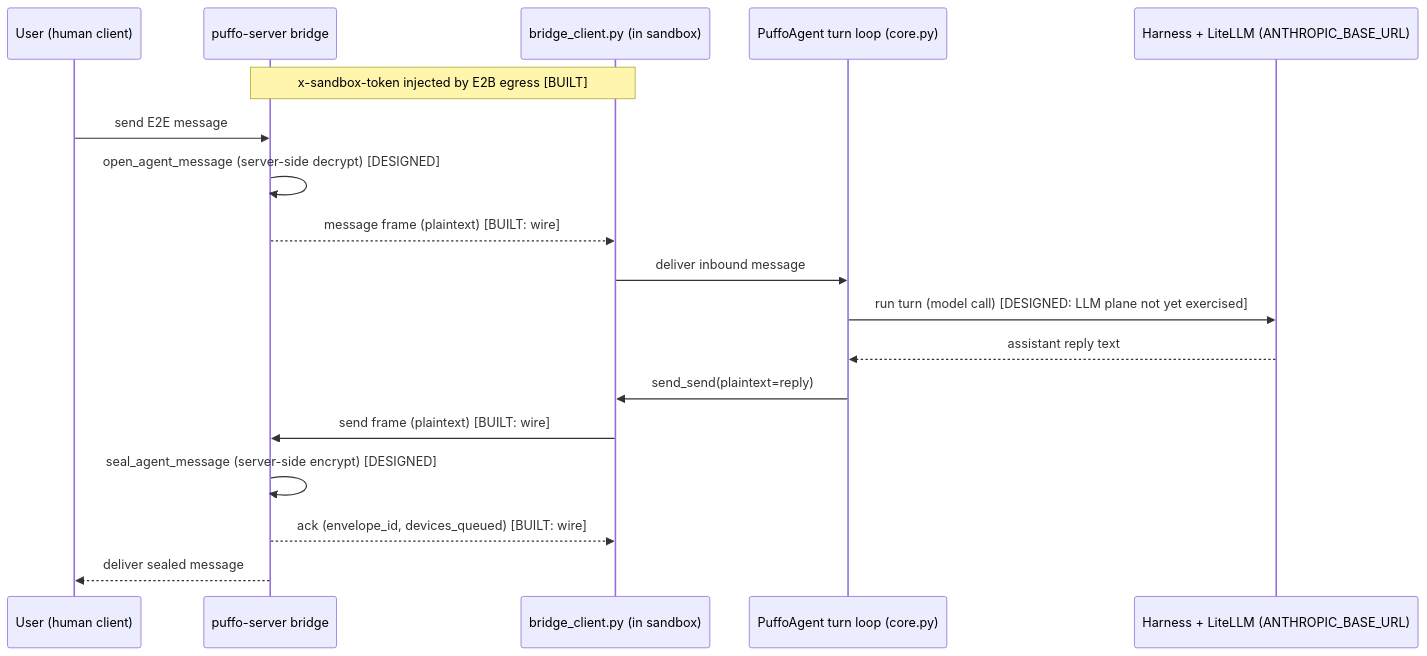
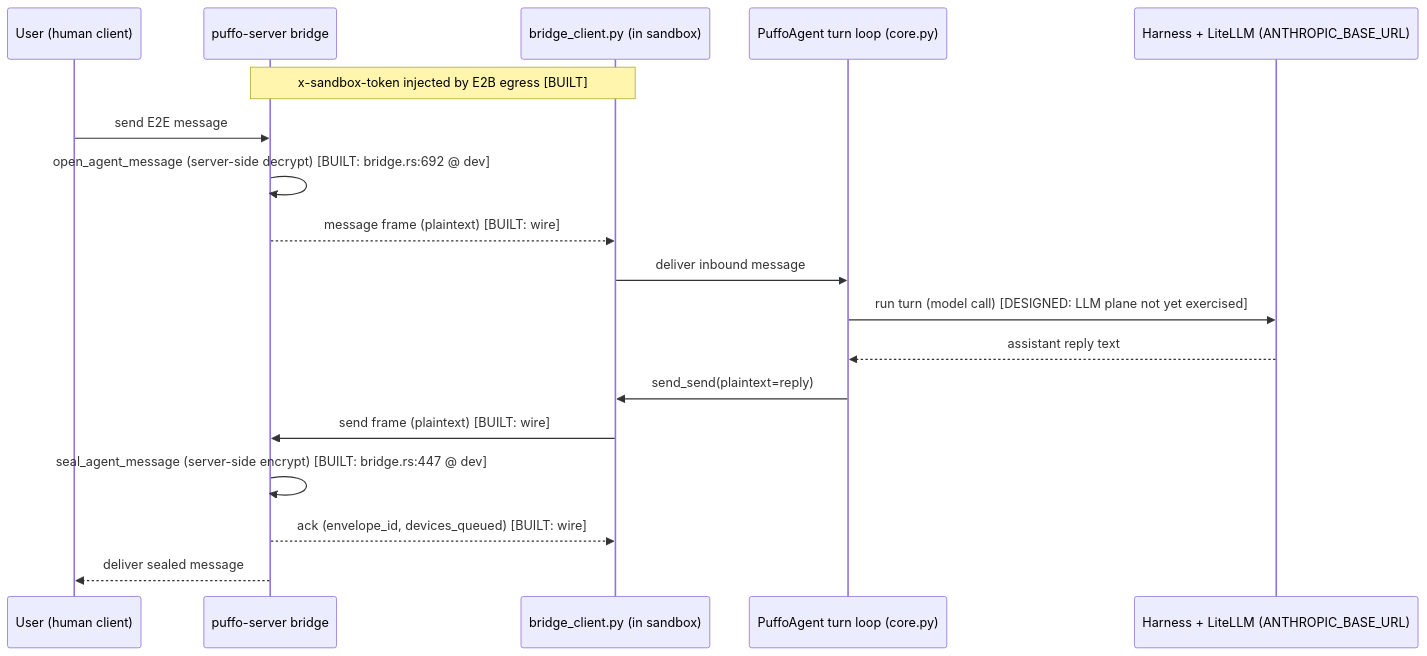
One commit to puffo-ai/puffo-agent changed the third of 4 diagrams in docs/FAT-CLOUD-ARCHITECTURE.md. Above: the diagram before and after it, drawn with Mermaid. The commit also changed other lines of this file, not shown here.

First line of the commit message:
docs: fat-cloud architecture revision — address review G1-G4 + 6 MISSING-GAP dispositions

````diff
--- a/docs/FAT-CLOUD-ARCHITECTURE.md
+++ b/docs/FAT-CLOUD-ARCHITECTURE.md
@@ -301,21 +344,21 @@
 ```mermaid
 sequenceDiagram
     participant U as User (human client)
     participant S as puffo-server bridge
     participant B as bridge_client.py (in sandbox)
     participant A as PuffoAgent turn loop (core.py)
     participant H as Harness + LiteLLM (ANTHROPIC_BASE_URL)
 
     Note over B,S: x-sandbox-token injected by E2B egress [BUILT]
     U->>S: send E2E message
-    S->>S: open_agent_message (server-side decrypt) [DESIGNED]
+    S->>S: open_agent_message (server-side decrypt) [BUILT: bridge.rs:692 @ dev]
     S-->>B: message frame (plaintext) [BUILT: wire]
     B->>A: deliver inbound message
     A->>H: run turn (model call) [DESIGNED: LLM plane not yet exercised]
     H-->>A: assistant reply text
     A->>B: send_send(plaintext=reply)
     B->>S: send frame (plaintext) [BUILT: wire]
-    S->>S: seal_agent_message (server-side encrypt) [DESIGNED]
+    S->>S: seal_agent_message (server-side encrypt) [BUILT: bridge.rs:447 @ dev]
     S-->>B: ack (envelope_id, devices_queued) [BUILT: wire]
     S-->>U: deliver sealed message
 ```
````
